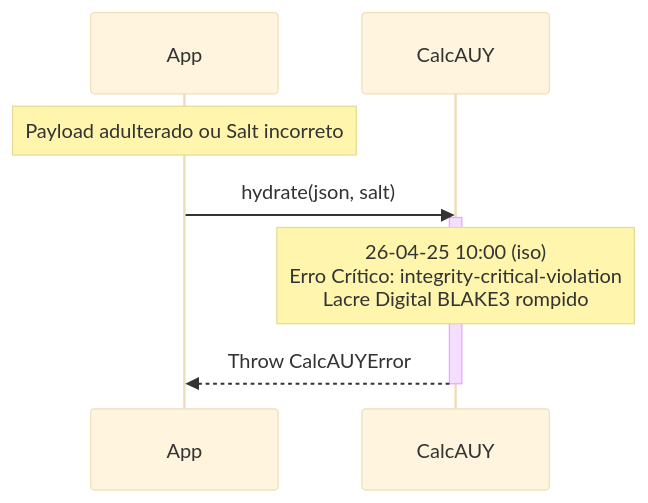
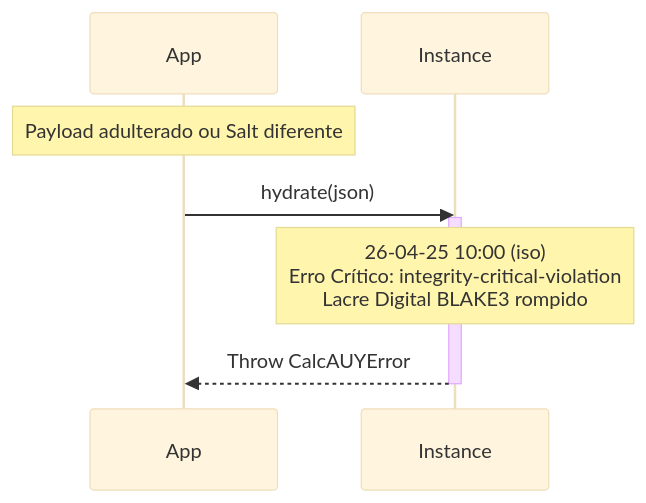
Before and after one commit to st-all-one/calc-auy: the diagram in wiki/errors/integrity-critical-violation.md, drawn with Mermaid (base theme). The commit also changed other lines of this file and 29 other files, not shown here.

````diff
--- a/wiki/errors/integrity-critical-violation.md
+++ b/wiki/errors/integrity-critical-violation.md
@@ -3,11 +3,11 @@
 ```mermaid
 sequenceDiagram
     participant App
-    participant Calc as CalcAUY
-    Note over App: Payload adulterado ou Salt incorreto
-    App->>Calc: hydrate(json, salt)
+    participant Calc as Instance
+    Note over App: Payload adulterado ou Salt diferente
+    App->>Calc: hydrate(json)
     activate Calc
     Note over Calc: 26-04-25 10:00 (iso)<br/>Erro Crítico: integrity-critical-violation<br/>Lacre Digital BLAKE3 rompido
     Calc-->>App: Throw CalcAUYError
     deactivate Calc
 ```
````
